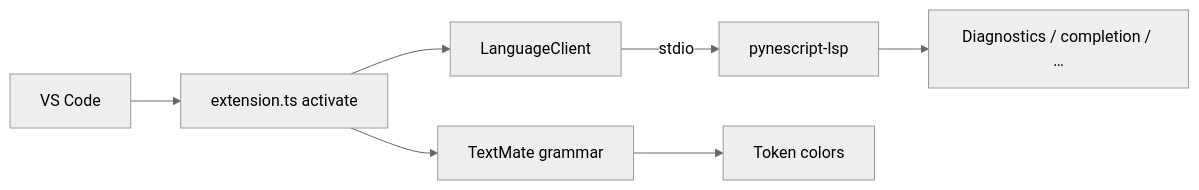
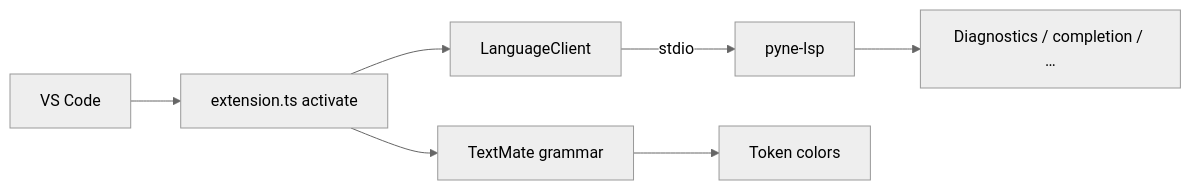
Before and after one commit to hoox-sh/pyne: the diagram in docs/pyne/lsp/vscode-extension.mdx, drawn with Mermaid (neutral theme). The commit also changed other lines of this file and 26 other files, not shown here.

First line of the commit message:
feat(cli): prefer pyne / pyne-lsp console names with aliases

````diff
--- a/docs/pyne/lsp/vscode-extension.mdx
+++ b/docs/pyne/lsp/vscode-extension.mdx
@@ -35,9 +35,9 @@
 ```mermaid
 flowchart LR
   VS[VS Code] --> EXT[extension.ts activate]
   EXT --> LC[LanguageClient]
-  LC -->|stdio| LSP[pynescript-lsp]
+  LC -->|stdio| LSP[pyne-lsp]
   EXT --> TM[TextMate grammar]
   TM --> HL[Token colors]
   LSP --> DIAG[Diagnostics / completion / …]
 ```
````
